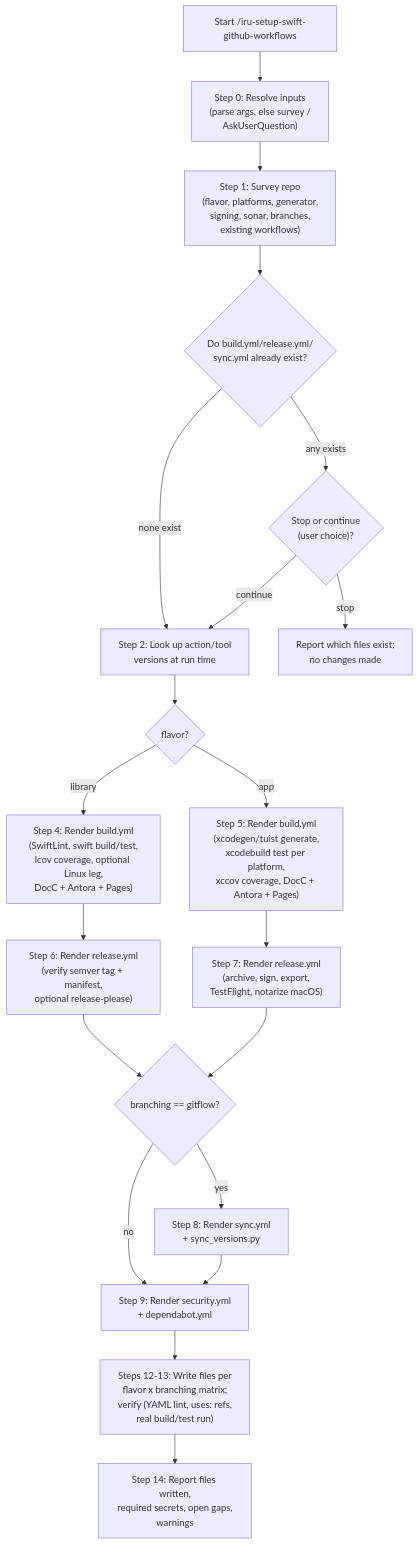
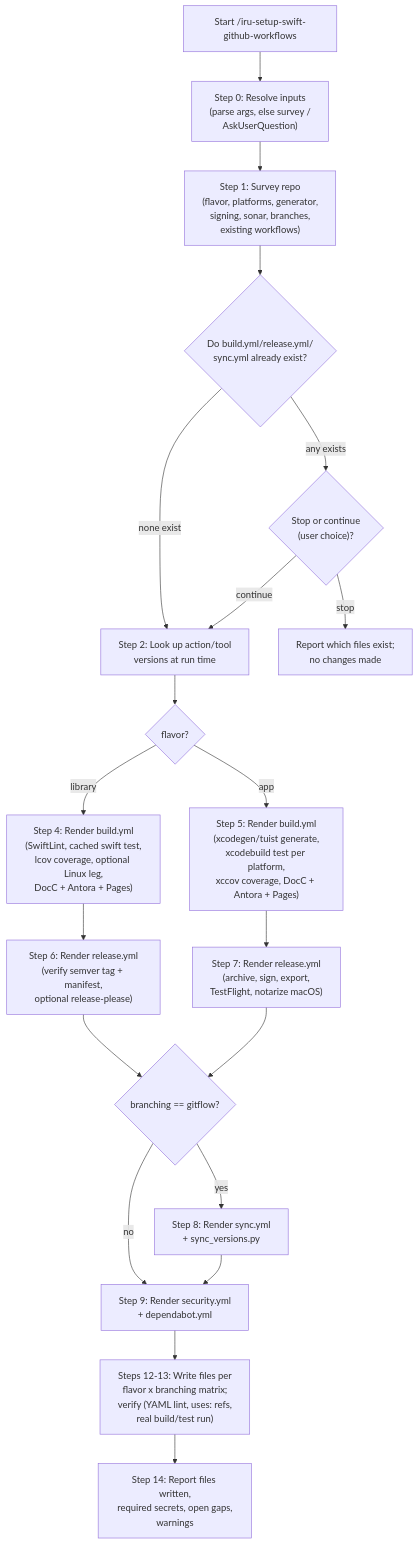
Before and after one commit to albertoirurueta/ai-catalog: the diagram in docs/modules/ROOT/pages/skills/iru-setup-swift-github-workflows.adoc, drawn with Mermaid. The commit also changed other lines of this file and 57 other files, not shown here.

```diff
--- a/docs/modules/ROOT/pages/skills/iru-setup-swift-github-workflows.adoc
+++ b/docs/modules/ROOT/pages/skills/iru-setup-swift-github-workflows.adoc
@@ -133,23 +142,23 @@
 [mermaid]
 ....
 flowchart TD
     A["Start /iru-setup-swift-github-workflows"] --> B["Step 0: Resolve inputs\n(parse args, else survey /\nAskUserQuestion)"]
     B --> C["Step 1: Survey repo\n(flavor, platforms, generator,\nsigning, sonar, branches,\nexisting workflows)"]
     C --> D{"Do build.yml/release.yml/\nsync.yml already exist?"}
     D -- none exist --> F["Step 2: Look up action/tool\nversions at run time"]
     D -- any exists --> E{"Stop or continue\n(user choice)?"}
     E -- stop --> Z["Report which files exist;\nno changes made"]
     E -- continue --> F
     F --> G{"flavor?"}
-    G -- library --> H["Step 4: Render build.yml\n(SwiftLint, swift build/test,\nlcov coverage, optional Linux leg,\nDocC + Antora + Pages)"]
+    G -- library --> H["Step 4: Render build.yml\n(SwiftLint, cached swift test,\nlcov coverage, optional Linux leg,\nDocC + Antora + Pages)"]
     G -- app --> I["Step 5: Render build.yml\n(xcodegen/tuist generate,\nxcodebuild test per platform,\nxccov coverage, DocC + Antora + Pages)"]
     H --> J["Step 6: Render release.yml\n(verify semver tag + manifest,\noptional release-please)"]
     I --> K["Step 7: Render release.yml\n(archive, sign, export,\nTestFlight, notarize macOS)"]
     J --> L{"branching == gitflow?"}
     K --> L
     L -- yes --> M["Step 8: Render sync.yml\n+ sync_versions.py"]
     L -- no --> N["Step 9: Render security.yml\n+ dependabot.yml"]
     M --> N
     N --> O["Steps 12-13: Write files per\nflavor x branching matrix;\nverify (YAML lint, uses: refs,\nreal build/test run)"]
     O --> P["Step 14: Report files written,\nrequired secrets, open gaps,\nwarnings"]
 ....
```
